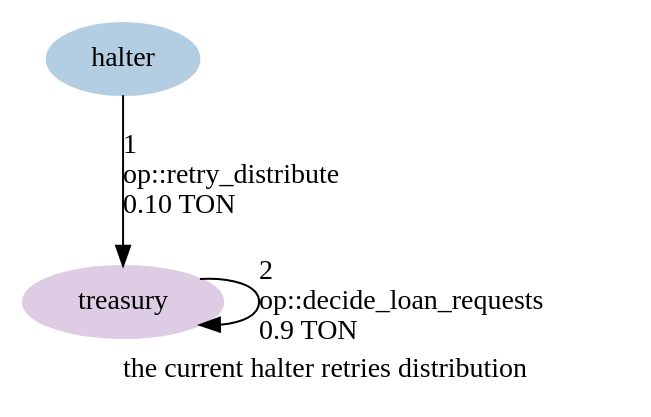
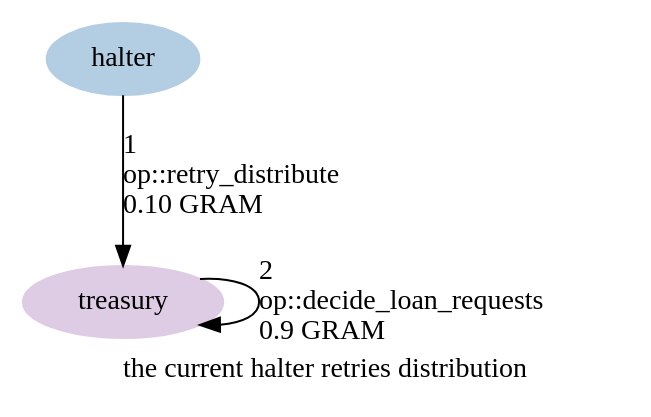
Before and after one commit to HipoFinance/contract: the diagram in graphs/20-retry-distribute.dot, drawn with Graphviz. The commit also changed 97 other files, not shown here.

First line of the commit message:
Finish the TON to GRAM and hTON to hGRAM rebrand

```diff
--- a/graphs/20-retry-distribute.dot
+++ b/graphs/20-retry-distribute.dot
@@ -1,16 +1,16 @@
 digraph {
     label="the current halter retries distribution"
     node [ colorscheme=pastel19 style=filled ]
 
     /* Entities */
     halter [ color=2 ]
     treasury [ color=4 ]
 
     /* Relationships */
-    halter -> treasury [ label="1\l op::retry_distribute\l 0.10 TON\l" ]
-    treasury -> treasury [ label="2\l op::decide_loan_requests\l 0.9 TON\l" ]
+    halter -> treasury [ label="1\l op::retry_distribute\l 0.10 GRAM\l" ]
+    treasury -> treasury [ label="2\l op::decide_loan_requests\l 0.9 GRAM\l" ]
 
     /* Ranks */
     { rank=min halter }
     { rank=max treasury }
 }
```
